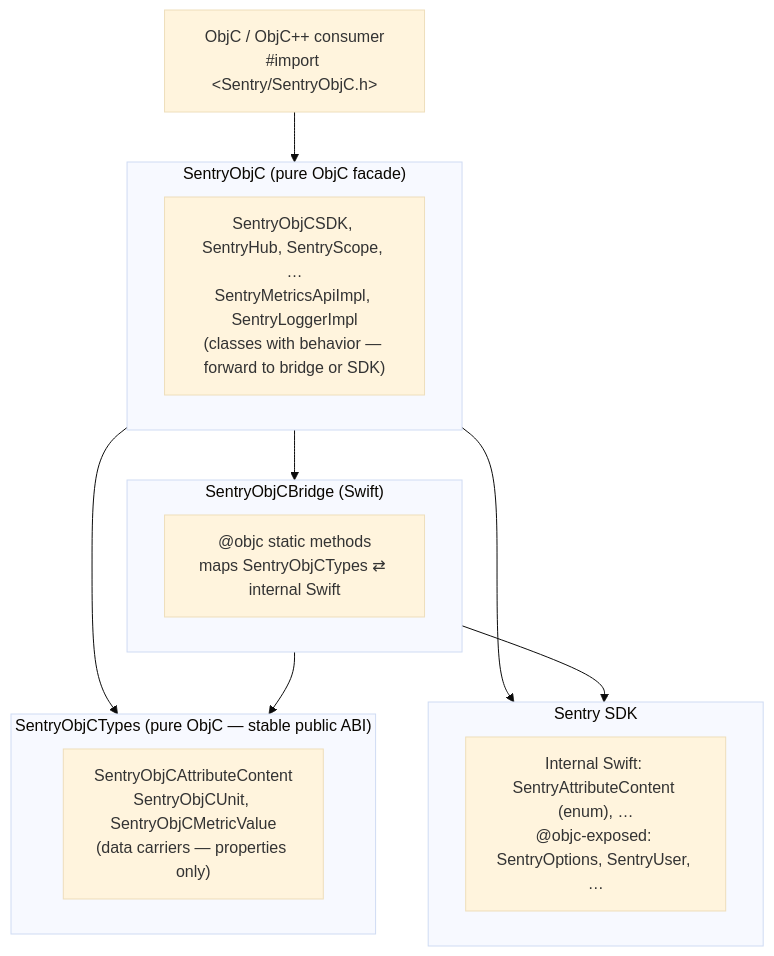
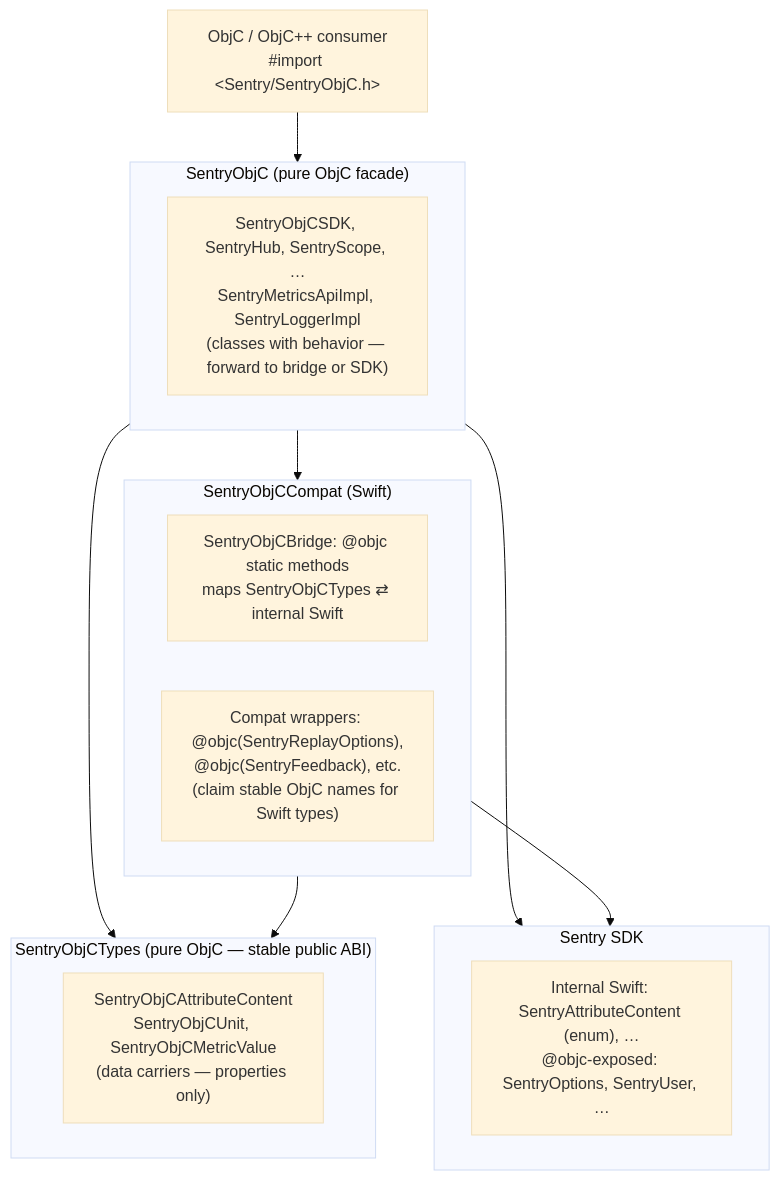
Before and after one commit to getsentry/sentry-cocoa: the diagram in develop-docs/SENTRY-OBJC.md, drawn with Mermaid (base theme). The commit also changed other lines of this file and 71 other files, not shown here.

First line of the commit message:
ref: rename SentryObjCBridge to SentryObjCCompat

````diff
--- a/develop-docs/SENTRY-OBJC.md
+++ b/develop-docs/SENTRY-OBJC.md
@@ -39,27 +39,28 @@
 ```mermaid
 graph TD
     Consumer["ObjC / ObjC++ consumer<br/>#import &lt;Sentry/SentryObjC.h&gt;"]
 
     subgraph SentryObjC["SentryObjC (pure ObjC facade)"]
         Facade["SentryObjCSDK, SentryHub, SentryScope, …<br/>SentryMetricsApiImpl, SentryLoggerImpl<br/>(classes with behavior — forward to bridge or SDK)"]
     end
 
-    subgraph SentryObjCBridge["SentryObjCBridge (Swift)"]
-        Bridge["@objc static methods<br/>maps SentryObjCTypes ⇄ internal Swift"]
+    subgraph SentryObjCCompat["SentryObjCCompat (Swift)"]
+        Bridge["SentryObjCBridge: @objc static methods<br/>maps SentryObjCTypes ⇄ internal Swift"]
+        Compat["Compat wrappers: @objc(SentryReplayOptions),<br/>@objc(SentryFeedback), etc.<br/>(claim stable ObjC names for Swift types)"]
     end
 
     subgraph SentryObjCTypes["SentryObjCTypes (pure ObjC — stable public ABI)"]
         Types["SentryObjCAttributeContent<br/>SentryObjCUnit, SentryObjCMetricValue<br/>(data carriers — properties only)"]
     end
 
     subgraph Sentry["Sentry SDK"]
         SDK["Internal Swift: SentryAttributeContent (enum), …<br/>@objc-exposed: SentryOptions, SentryUser, …"]
     end
 
     Consumer --> SentryObjC
-    SentryObjC --> SentryObjCBridge
+    SentryObjC --> SentryObjCCompat
     SentryObjC --> SentryObjCTypes
     SentryObjC --> Sentry
-    SentryObjCBridge --> SentryObjCTypes
-    SentryObjCBridge --> Sentry
+    SentryObjCCompat --> SentryObjCTypes
+    SentryObjCCompat --> Sentry
 ```
````
